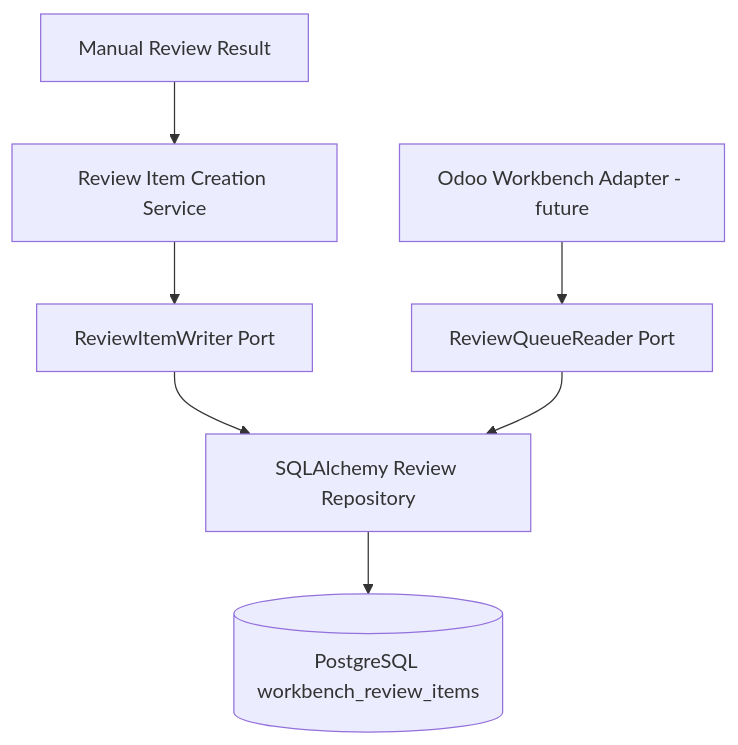
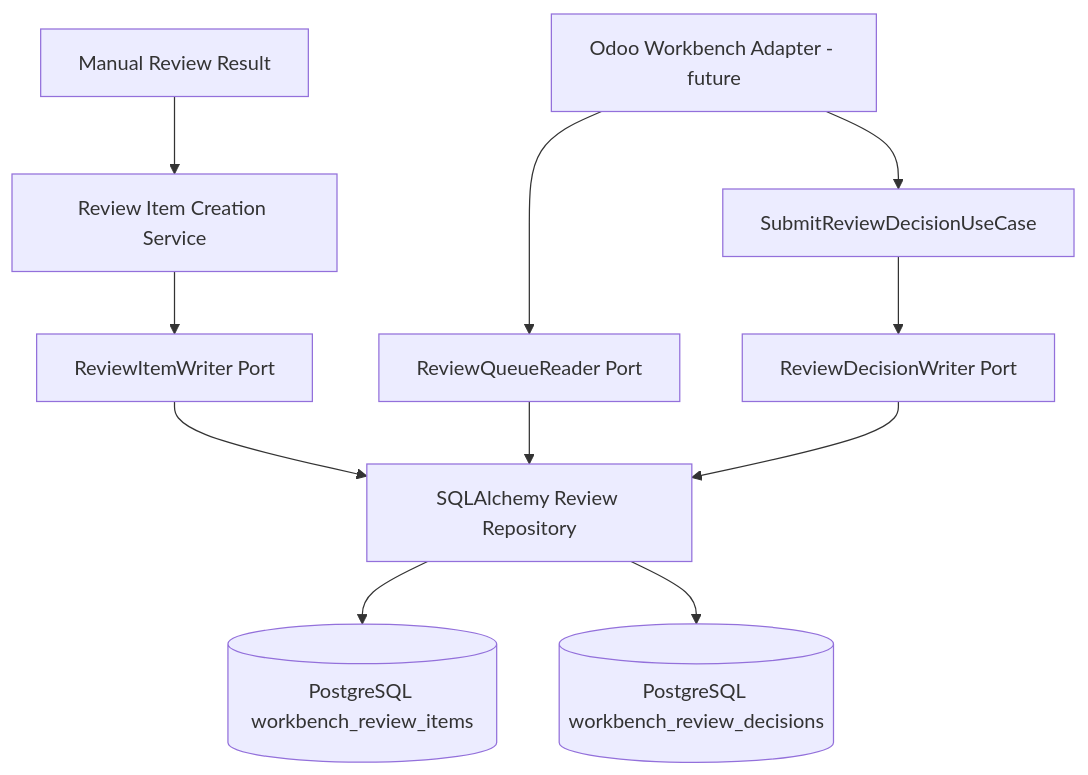
One commit to odurmazoglu/ict-integration-hub changed the diagram in docs/architecture.md. Above: the diagram before and after it, drawn with Mermaid. The commit also changed other lines of this file and 19 other files, not shown here.

Commit message:
feat: persist workbench review decisions

````diff
--- a/docs/architecture.md
+++ b/docs/architecture.md
@@ -54,17 +56,24 @@
 ```mermaid
 flowchart TB
     ManualReview[Manual Review Result]
     Creation[Review Item Creation Service]
     Writer[ReviewItemWriter Port]
+    Submit[SubmitReviewDecisionUseCase]
+    DecisionWriter[ReviewDecisionWriter Port]
     Repository[SQLAlchemy Review Repository]
-    Store[(PostgreSQL workbench_review_items)]
+    ReviewItems[(PostgreSQL workbench_review_items)]
+    Decisions[(PostgreSQL workbench_review_decisions)]
     Workbench[Odoo Workbench Adapter - future]
     Reader[ReviewQueueReader Port]
 
     ManualReview --> Creation
     Creation --> Writer
     Writer --> Repository
-    Repository --> Store
+    Repository --> ReviewItems
+    Repository --> Decisions
     Workbench --> Reader
     Reader --> Repository
+    Workbench --> Submit
+    Submit --> DecisionWriter
+    DecisionWriter --> Repository
 ```
````
